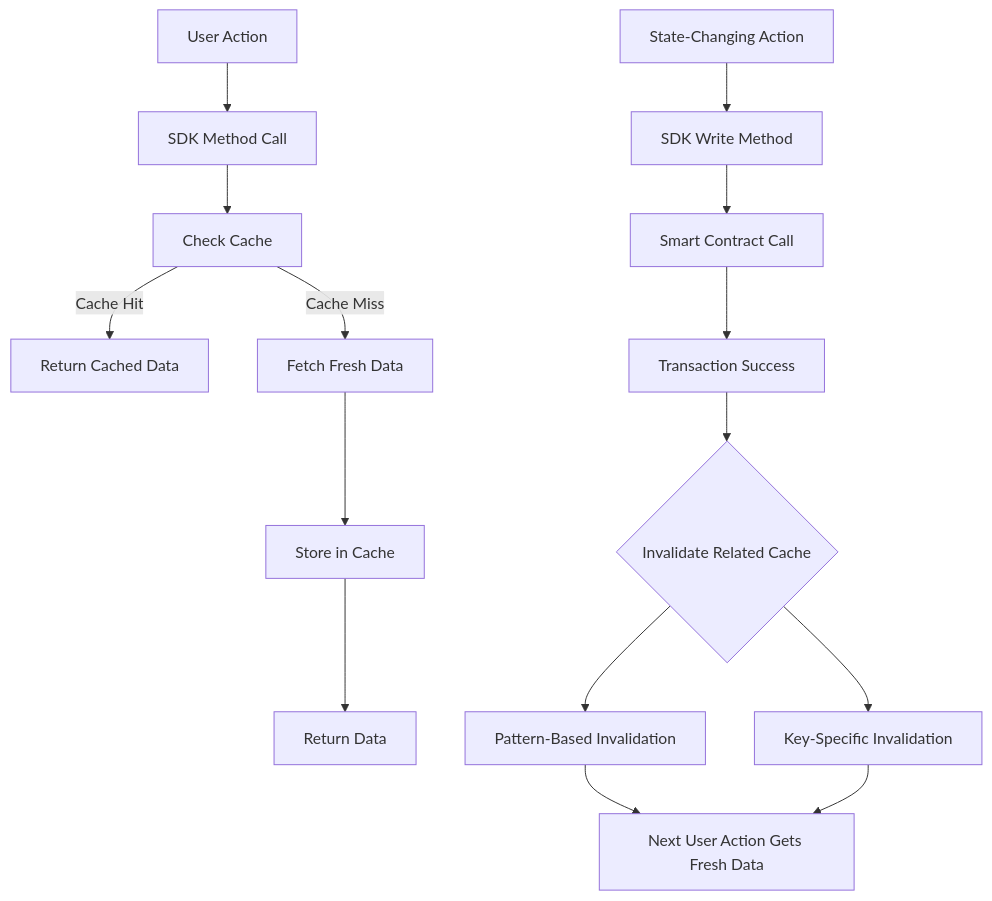
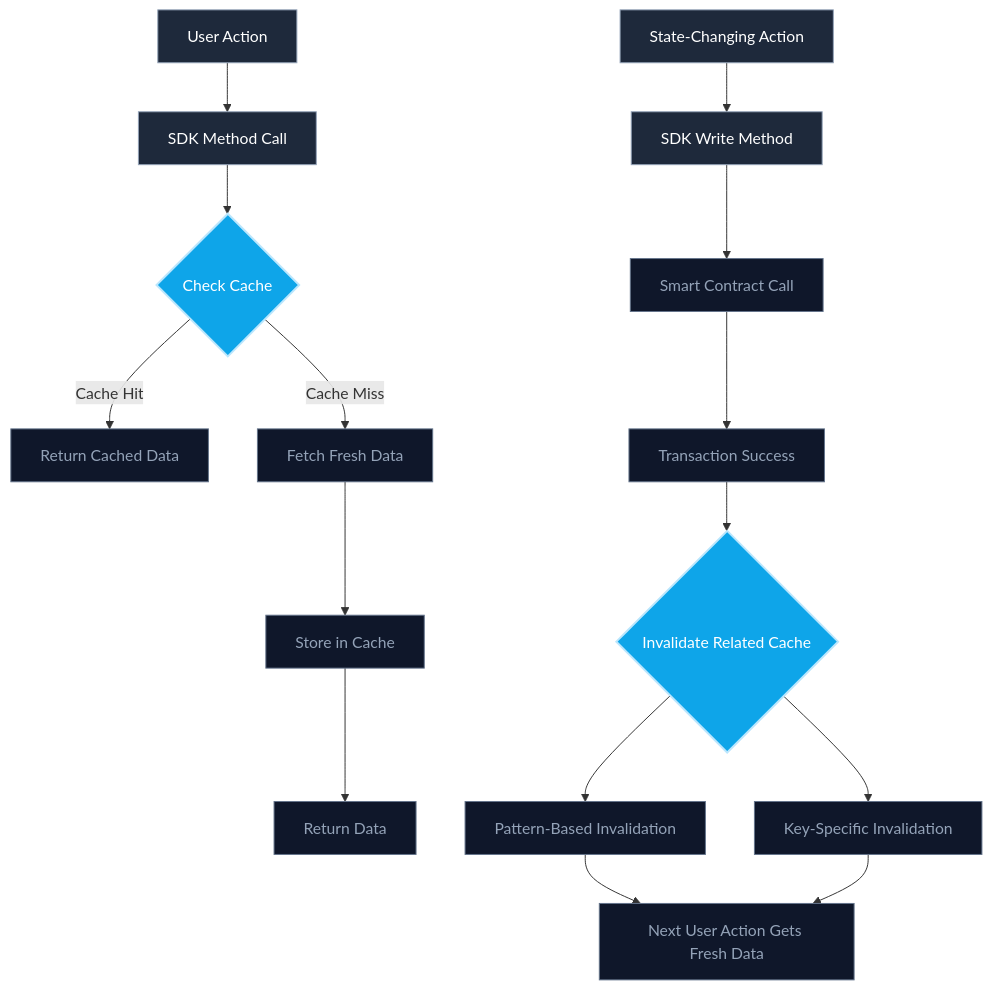
The fourth of 6 diagrams in docs/user-flows.md (Wasserstoff-Innovation/TribesByAstrix), drawn with Mermaid before and after one commit. The commit also changed other lines of this file and 1 other file, not shown here.

````diff
--- a/docs/user-flows.md
+++ b/docs/user-flows.md
@@ -155,21 +336,30 @@
 ```mermaid
 flowchart TD
     A[User Action] --> B[SDK Method Call]
-    B --> C[Check Cache]
+    B --> C{Check Cache}
     
     C -->|Cache Hit| D[Return Cached Data]
     C -->|Cache Miss| E[Fetch Fresh Data]
     
     E --> F[Store in Cache]
     F --> G[Return Data]
     
     H[State-Changing Action] --> I[SDK Write Method]
     I --> J[Smart Contract Call]
     J --> K[Transaction Success]
     
     K --> L{Invalidate Related Cache}
     L --> M[Pattern-Based Invalidation]
     L --> N[Key-Specific Invalidation]
     
     M & N --> Q[Next User Action Gets Fresh Data]
+    
+    classDef primary fill:#4f46e5,stroke:#c7d2fe,stroke-width:2px,color:#ffffff;
+    classDef secondary fill:#1e293b,stroke:#94a3b8,stroke-width:1px,color:#ffffff;
+    classDef tertiary fill:#0f172a,stroke:#64748b,stroke-width:1px,color:#94a3b8;
+    classDef accent fill:#0ea5e9,stroke:#bae6fd,stroke-width:2px,color:#ffffff;
+    
+    class A,B,H,I secondary;
+    class C,L accent;
+    class D,E,F,G,J,K,M,N,Q tertiary;
 ```
````
